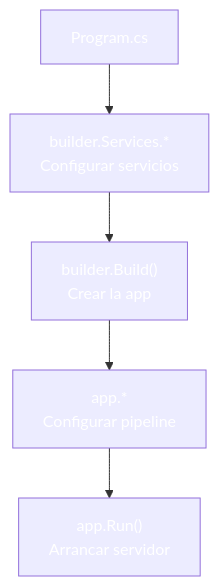
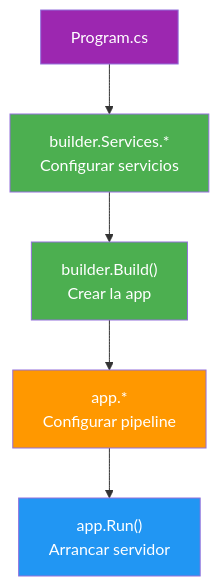
One commit to joseluisgs/DesarrolloWebEntornosServidor-02-2026-2027 changed the sixth of 6 diagrams in 05-arquitectura-pipeline.md. Above: the diagram before and after it, drawn with Mermaid. The commit also changed other lines of this file and 29 other files, not shown here.

Commit message:
docs: corregir estilos Mermaid y estilo, quitar referencias a la Tienda y reestructurar los retos 13 y 15

````diff
--- a/05-arquitectura-pipeline.md
+++ b/05-arquitectura-pipeline.md
@@ -282,12 +282,12 @@
 ```mermaid
 flowchart TD
     A["Program.cs"] --> B["builder.Services.*<br/>Configurar servicios"]
     B --> C["builder.Build()<br/>Crear la app"]
     C --> D["app.*<br/>Configurar pipeline"]
     D --> E["app.Run()<br/>Arrancar servidor"]
-    style A fill:#9C27B,color:#fff0,color:#fff
-    style B fill:#4CAF5,color:#fff0,color:#fff
-    style C fill:#4CAF5,color:#fff0,color:#fff
-    style D fill:#FF980,color:#fff0,color:#fff
-    style E fill:#2196F,color:#fff3,color:#fff
+    style A fill:#9C27B0,color:#fff
+    style B fill:#4CAF50,color:#fff
+    style C fill:#4CAF50,color:#fff
+    style D fill:#FF9800,color:#fff
+    style E fill:#2196F3,color:#fff
 ```
````
